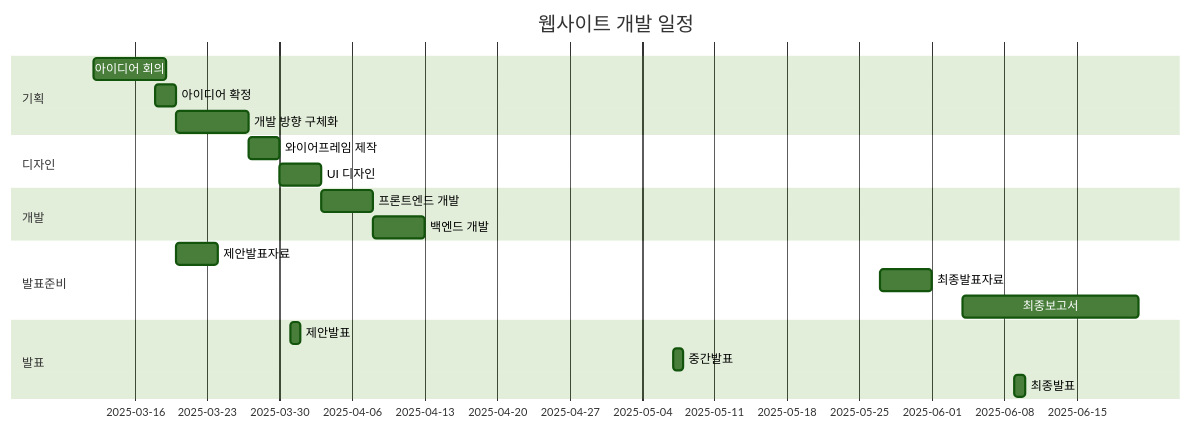
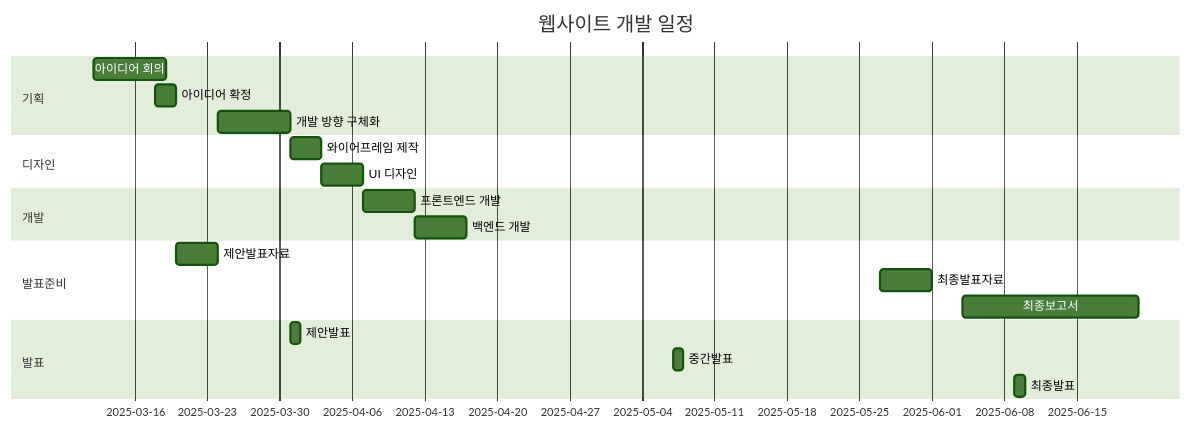
The diagram in project-plan.md (Introduction-to-Engineering-Design-13/LOR), drawn with Mermaid (forest theme) before and after one commit.

````diff
--- a/project-plan.md
+++ b/project-plan.md
@@ -1,29 +1,29 @@
 ```mermaid
 gantt
     title 웹사이트 개발 일정
     dateFormat  YYYY-MM-DD
 
     section 기획
     아이디어 회의      :a1, 2025-03-12, 7d
     아이디어 확정      :a2, 2025-03-18, 2d
-    개발 방향 구체화    :a3, after a2, 7d
+    개발 방향 구체화    :a3, after d1, 7d
 
     section 디자인
     와이어프레임 제작   :b1, after a3, 3d
     UI 디자인           :b2, after b1, 4d
     
     section 개발
     프론트엔드 개발     :c1, after b2, 5d
     백엔드 개발         :c2, after c1, 5d
 
     section 발표준비
     제안발표자료        :d1,    after a2    ,4d
-    최종발표자료            :d2,    2025-05-27,    5d
+    최종발표자료        :d2,    2025-05-27,    5d
     최종보고서          :d3,    2025-06-04,    17d
 
     section 발표
     제안발표            :e1,    2025-03-31,    1d 
     중간발표            :e2,    2025-05-07,    1d
     최종발표            :e3,    2025-06-09,    1d
 
 ```
````
